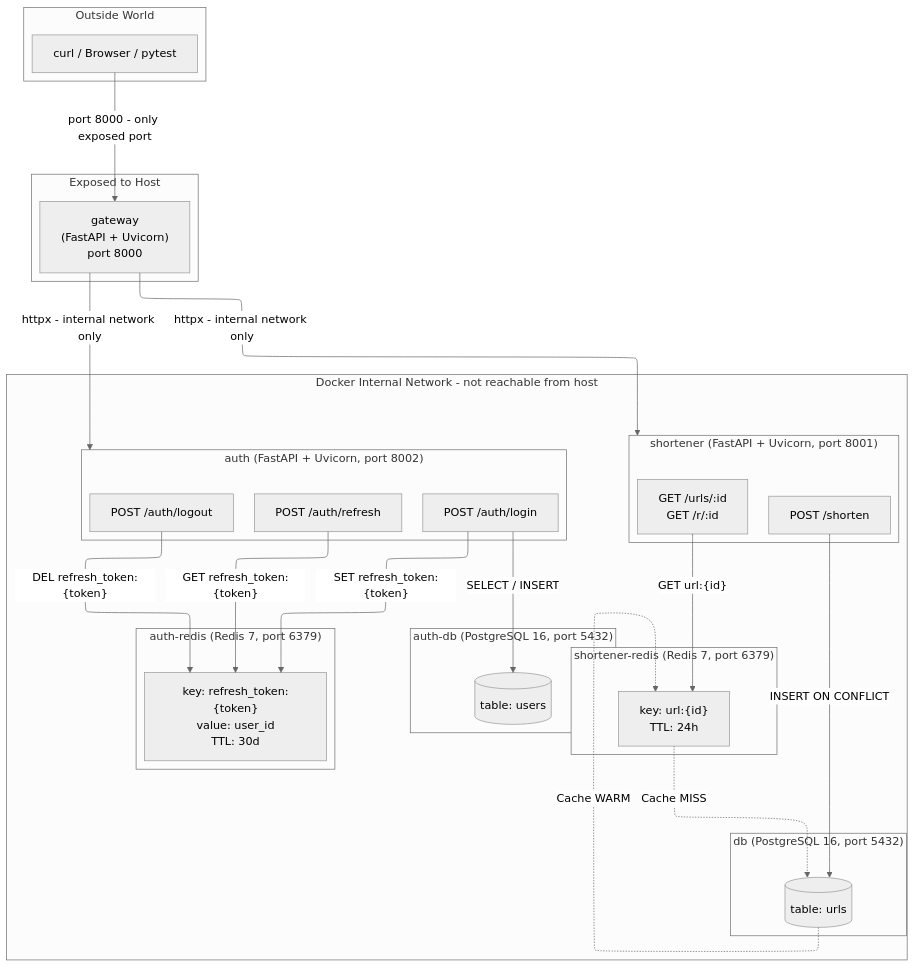
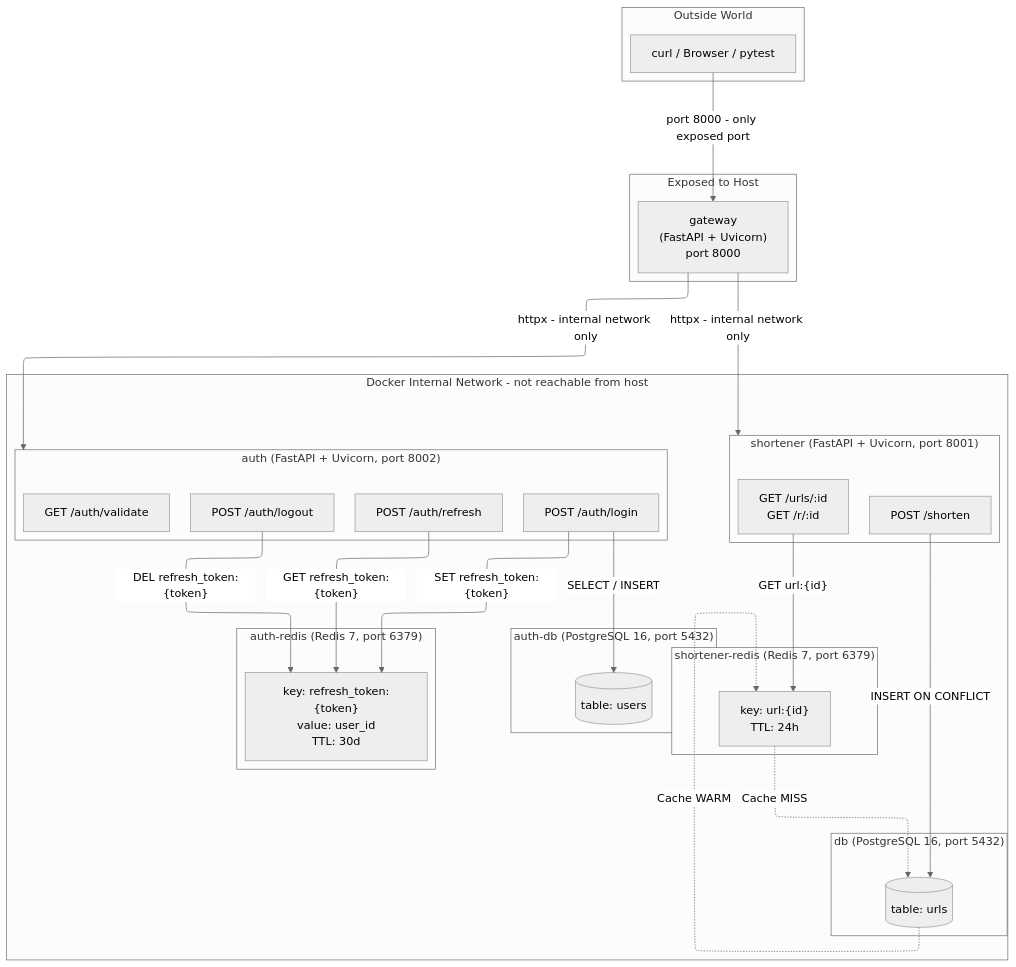
The second of 2 diagrams in design/02-general-design.md (boycececil666gmailcom/url-shortener), drawn with Mermaid before and after one commit. The commit also changed other lines of this file and 6 other files, not shown here.

````diff
--- a/design/02-general-design.md
+++ b/design/02-general-design.md
@@ -78,61 +78,62 @@
 ```mermaid
 ---
 config:
   layout: elk
   theme: neutral
 ---
 flowchart TB
 
     subgraph Outside["Outside World"]
         ExternalClient["curl / Browser / pytest"]
     end
 
     subgraph Exposed["Exposed to Host"]
         GW["gateway<br/>(FastAPI + Uvicorn)<br/>port 8000"]
     end
 
     subgraph Internal["Docker Internal Network - not reachable from host"]
 
         subgraph ShortenerCtr["shortener (FastAPI + Uvicorn, port 8001)"]
             direction TB
             WriteH["POST /shorten"]
             ReadH["GET /urls/:id<br/>GET /r/:id"]
         end
 
         subgraph AuthCtr["auth (FastAPI + Uvicorn, port 8002)"]
             direction TB
+            ValidateH["GET /auth/validate"]
             LoginH["POST /auth/login"]
             RefreshH["POST /auth/refresh"]
             LogoutH["POST /auth/logout"]
         end
 
         subgraph RedisCtr["shortener-redis (Redis 7, port 6379)"]
             Cache["key: url:{id}<br/>TTL: 24h"]
         end
 
         subgraph DBCtr["db (PostgreSQL 16, port 5432)"]
             PG[("table: urls")]
         end
 
         subgraph AuthRedisCtr["auth-redis (Redis 7, port 6379)"]
             TokenStore["key: refresh_token:{token}<br/>value: user_id<br/>TTL: 30d"]
         end
 
         subgraph AuthDBCtr["auth-db (PostgreSQL 16, port 5432)"]
             UserPG[("table: users")]
         end
 
     end
 
     ExternalClient -->|"port 8000 - only exposed port"| GW
     GW -->|"httpx - internal network only"| ShortenerCtr
     GW -->|"httpx - internal network only"| AuthCtr
     WriteH -->|"INSERT ON CONFLICT"| PG
     ReadH -->|"GET url:{id}"| Cache
     Cache -.->|"Cache MISS"| PG
     PG -.->|"Cache WARM"| Cache
     LoginH -->|"SELECT / INSERT"| UserPG
     LoginH -->|"SET refresh_token:{token}"| TokenStore
     RefreshH -->|"GET refresh_token:{token}"| TokenStore
     LogoutH -->|"DEL refresh_token:{token}"| TokenStore
 ```
````
